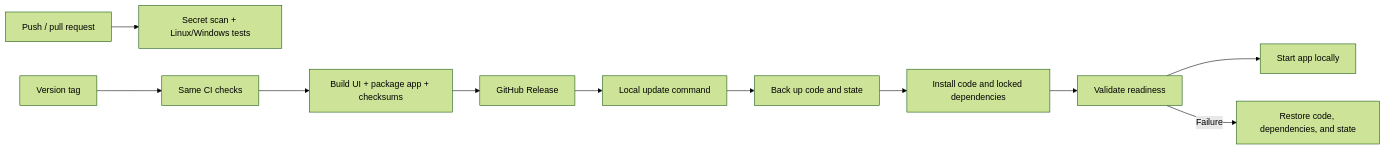
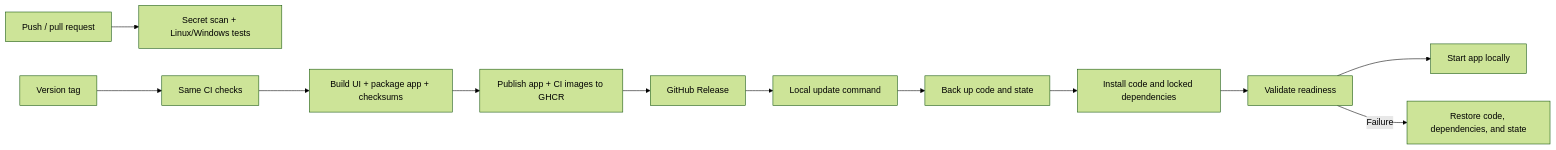
The diagram in Docs/CI_CD.md (Day-Raval/Care-Transition-Copilot), drawn with Mermaid (forest theme) before and after one commit. The commit also changed other lines of this file and 8 other files, not shown here.

Commit message:
Add container CI and GHCR release publishing

````diff
--- a/Docs/CI_CD.md
+++ b/Docs/CI_CD.md
@@ -7,13 +10,14 @@
 ```mermaid
 flowchart LR
     change[Push / pull request] --> ci[Secret scan + Linux/Windows tests]
     tag[Version tag] --> gate[Same CI checks]
     gate --> package[Build UI + package app + checksums]
-    package --> release[GitHub Release]
+    package --> images[Publish app + CI images to GHCR]
+    images --> release[GitHub Release]
     release --> update[Local update command]
     update --> backup[Back up code and state]
     backup --> install[Install code and locked dependencies]
     install --> ready[Validate readiness]
     ready --> start[Start app locally]
     ready -->|Failure| rollback[Restore code, dependencies, and state]
 ```
````
